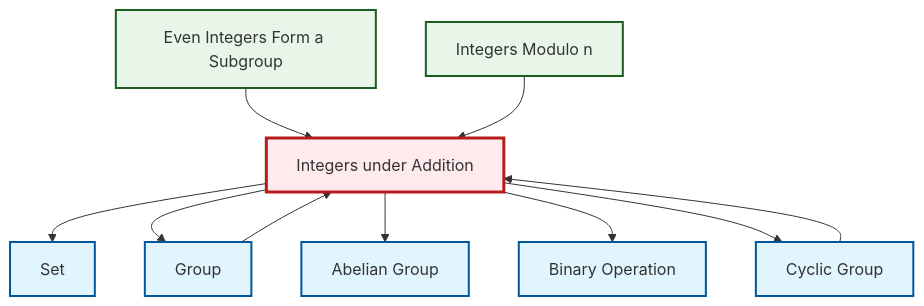
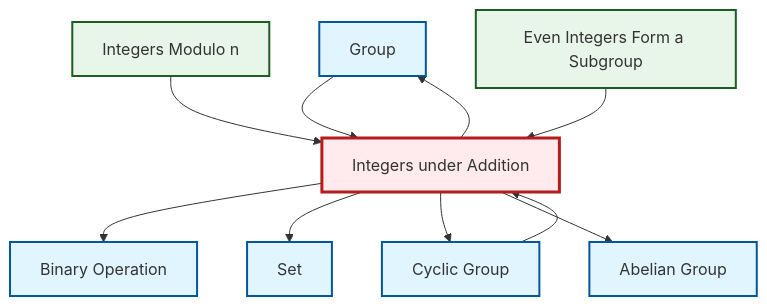
One commit to RK0429/ModernMath changed the diagram in output/mermaid/en/ex-integers-addition.mermaid. Above: the diagram before and after it, drawn with Mermaid. The commit also changed other lines of this file and 1712 other files, not shown here.

```diff
--- a/output/mermaid/en/ex-integers-addition.mermaid
+++ b/output/mermaid/en/ex-integers-addition.mermaid
@@ -1,24 +1,24 @@
 graph TD
     classDef definition fill:#e1f5fe,stroke:#01579b,stroke-width:2px
     classDef theorem fill:#f3e5f5,stroke:#4a148c,stroke-width:2px
     classDef axiom fill:#fff3e0,stroke:#e65100,stroke-width:2px
     classDef example fill:#e8f5e9,stroke:#1b5e20,stroke-width:2px
     classDef current fill:#ffebee,stroke:#b71c1c,stroke-width:3px
+    def-group["Group"]:::definition
+    def-set["Set"]:::definition
     ex-quotient-integers-mod-n["Integers Modulo n"]:::example
     def-cyclic-group["Cyclic Group"]:::definition
+    def-binary-operation["Binary Operation"]:::definition
     def-abelian-group["Abelian Group"]:::definition
-    def-binary-operation["Binary Operation"]:::definition
+    ex-even-integers-subgroup["Even Integers Form a Subgroup"]:::example
     ex-integers-addition["Integers under Addition"]:::example
-    ex-even-integers-subgroup["Even Integers Form a Subgroup"]:::example
-    def-set["Set"]:::definition
-    def-group["Group"]:::definition
+    def-cyclic-group --> ex-integers-addition
+    ex-integers-addition --> def-binary-operation
+    def-group --> ex-integers-addition
     ex-integers-addition --> def-set
-    def-cyclic-group --> ex-integers-addition
     ex-integers-addition --> def-group
+    ex-quotient-integers-mod-n --> ex-integers-addition
+    ex-integers-addition --> def-cyclic-group
     ex-even-integers-subgroup --> ex-integers-addition
     ex-integers-addition --> def-abelian-group
-    ex-integers-addition --> def-binary-operation
-    ex-quotient-integers-mod-n --> ex-integers-addition
-    def-group --> ex-integers-addition
-    ex-integers-addition --> def-cyclic-group
     class ex-integers-addition current
```
